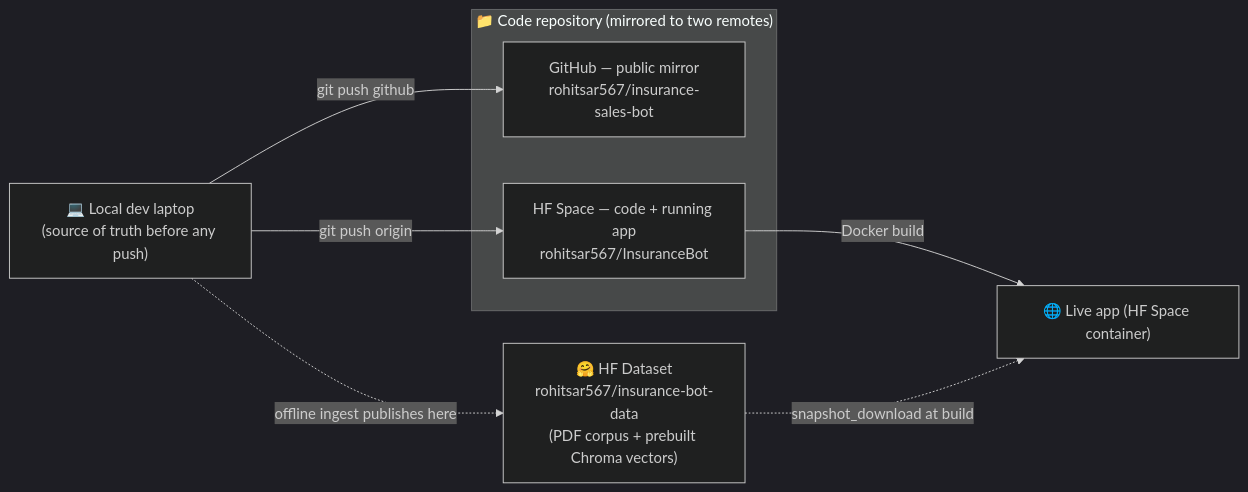
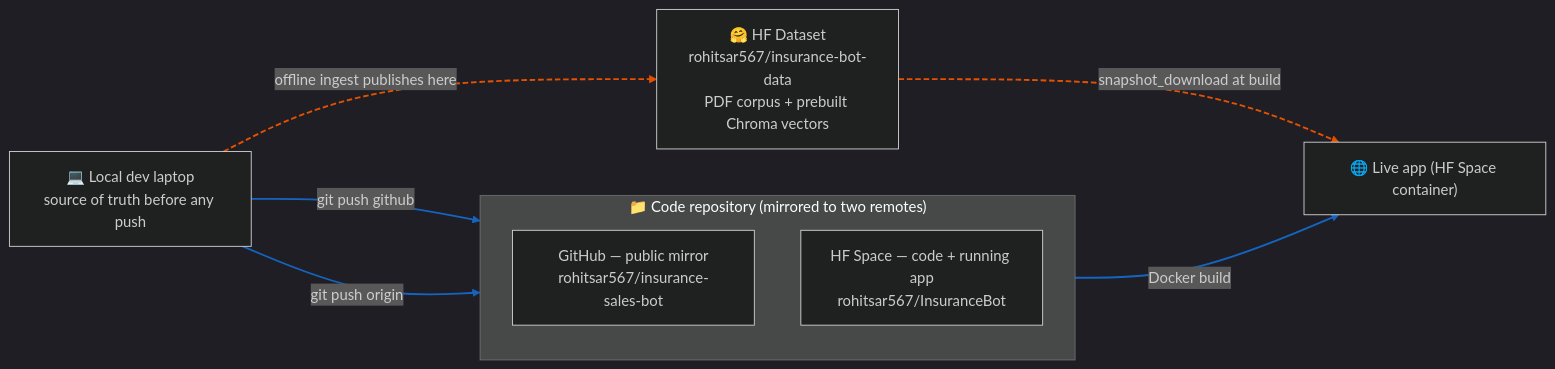
The seventh of 16 diagrams in README.md (rohitsar567/insurance-sales-bot), drawn with Mermaid (dark theme) before and after one commit. The commit also changed other lines of this file, not shown here.

````diff
--- a/README.md
+++ b/README.md
@@ -550,16 +533,20 @@
 ```mermaid
 flowchart LR
-    LAPTOP["💻 Local dev laptop<br/>(source of truth before any push)"]
+    LAPTOP["💻 Local dev laptop<br/>source of truth before any push"]
     subgraph CODE["📁 Code repository (mirrored to two remotes)"]
+        direction TB
         GH["GitHub — public mirror<br/>rohitsar567/insurance-sales-bot"]
         HFS["HF Space — code + running app<br/>rohitsar567/InsuranceBot"]
     end
-    HFD["🤗 HF Dataset<br/>rohitsar567/insurance-bot-data<br/>(PDF corpus + prebuilt Chroma vectors)"]
+    HFD["🤗 HF Dataset<br/>rohitsar567/insurance-bot-data<br/>PDF corpus + prebuilt Chroma vectors"]
     APP["🌐 Live app (HF Space container)"]
 
     LAPTOP -->|"git push github"| GH
     LAPTOP -->|"git push origin"| HFS
     LAPTOP -.->|"offline ingest publishes here"| HFD
     HFS -->|"Docker build"| APP
     HFD -.->|"snapshot_download at build"| APP
+
+    linkStyle 0,1,3 stroke:#1565c0,stroke-width:2px
+    linkStyle 2,4 stroke:#e65100,stroke-width:2px,stroke-dasharray:6 3
 ```
````
